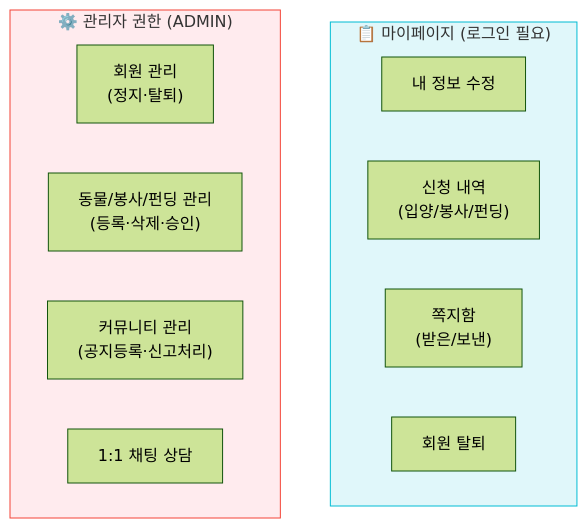
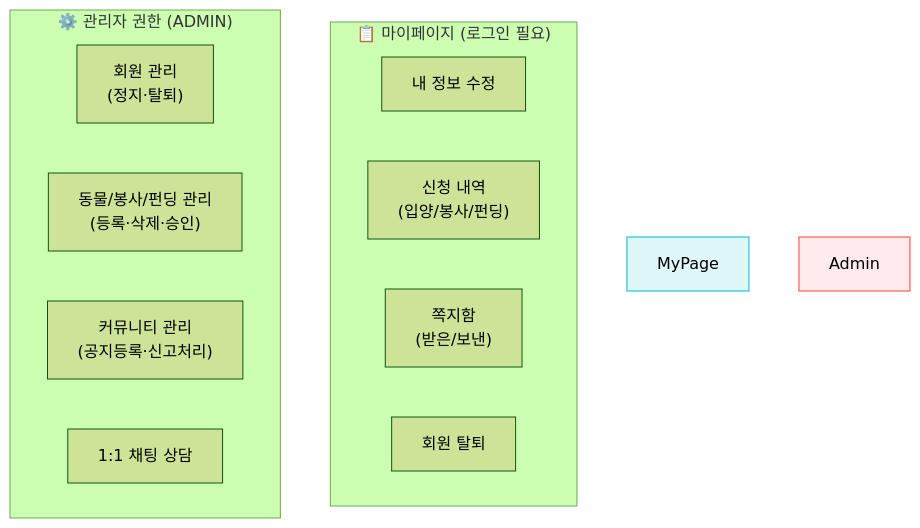
Before and after one commit to KJH-Portfolio/202511-stray-dog-volunteer: the sixth of 6 diagrams in ia.md, drawn with Mermaid (forest theme). The commit also changed other lines of this file and 1 other file, not shown here.

````diff
--- a/ia.md
+++ b/ia.md
@@ -113,19 +112,19 @@
 ```mermaid
 graph TD
-    subgraph MyPage ["📋 마이페이지 (로그인 필요)"]
+    subgraph "📋 마이페이지 (로그인 필요)"
         MY1["내 정보 수정"]
         MY2["신청 내역\n(입양/봉사/펀딩)"]
         MY3["쪽지함\n(받은/보낸)"]
         MY4["회원 탈퇴"]
     end
 
-    subgraph Admin ["⚙️ 관리자 권한 (ADMIN)"]
+    subgraph "⚙️ 관리자 권한 (ADMIN)"
         AD1["회원 관리\n(정지·탈퇴)"]
         AD2["동물/봉사/펀딩 관리\n(등록·삭제·승인)"]
         AD3["커뮤니티 관리\n(공지등록·신고처리)"]
         AD4["1:1 채팅 상담"]
     end
 
     style MyPage fill:#E0F7FA,stroke:#00BCD4
     style Admin fill:#FFEBEE,stroke:#F44336
 ```
````
